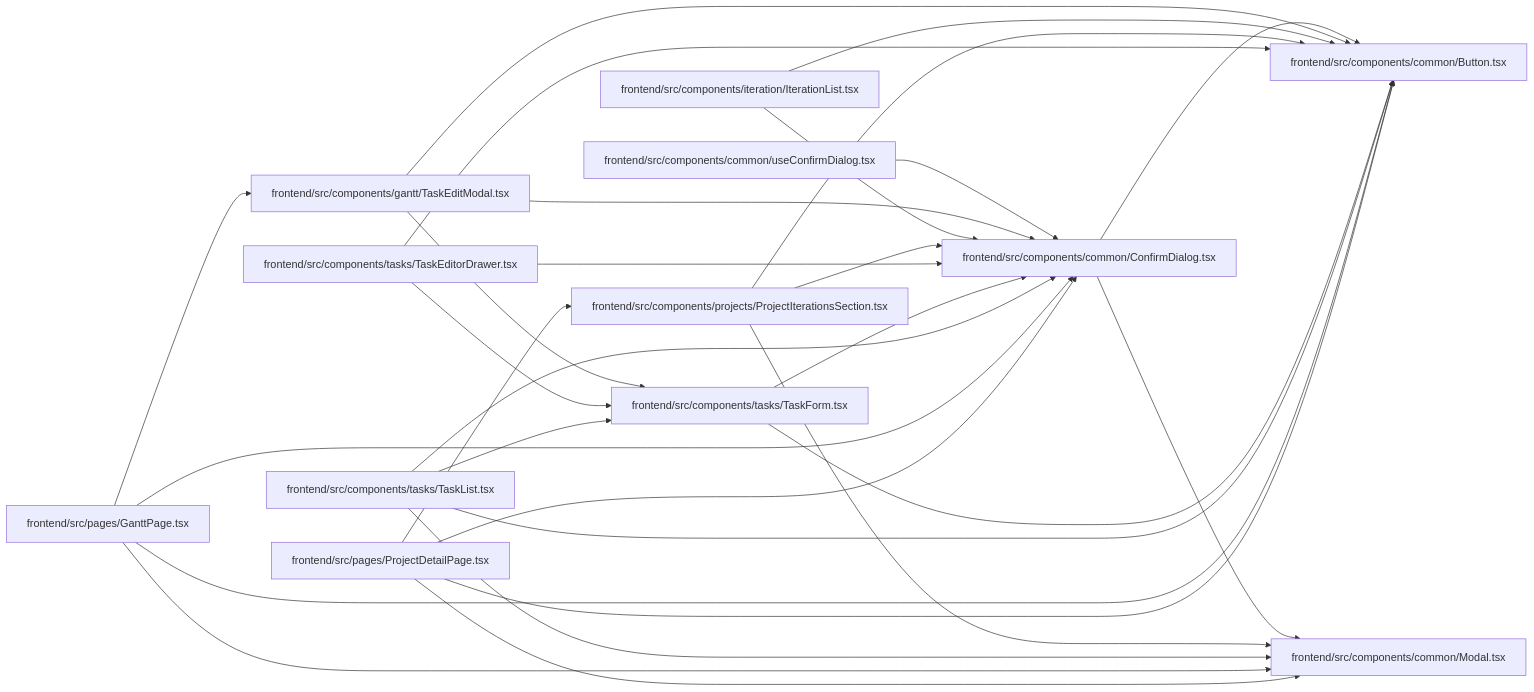
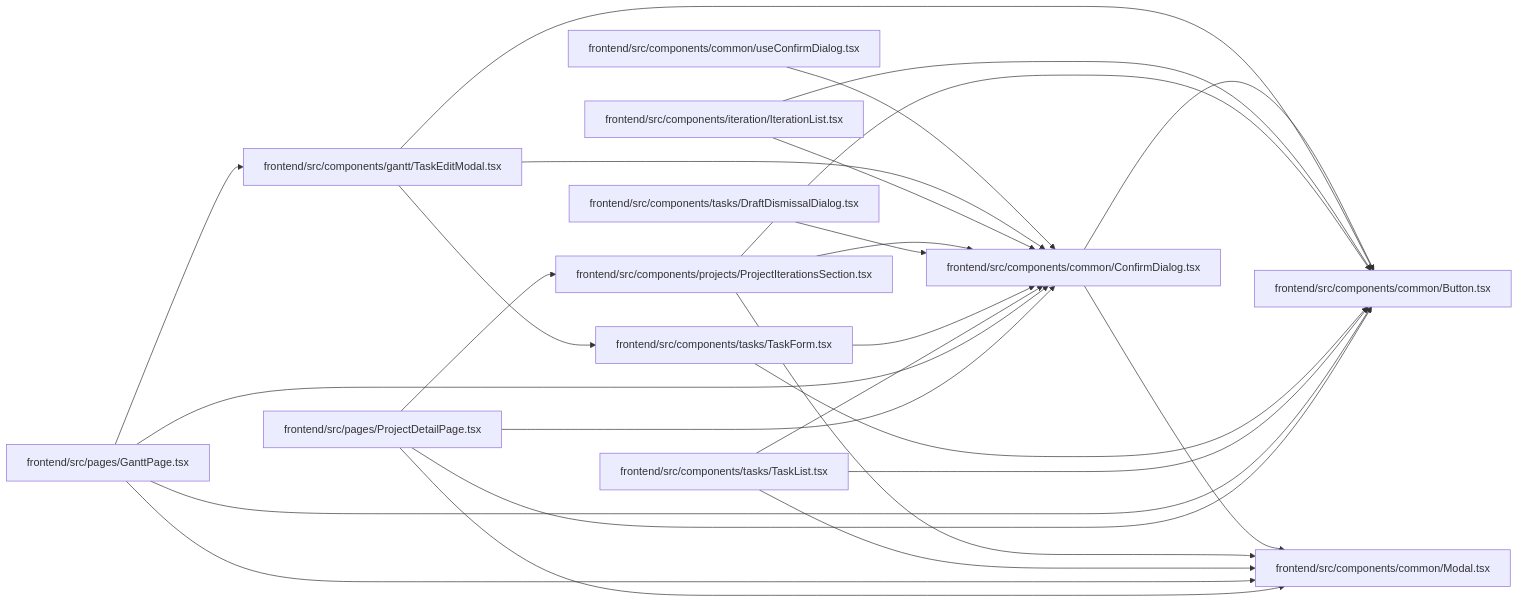
The diagram in docs/llm_wiki/modules/ConfirmDialog.md (Denissvgn/WorkChord), drawn with Mermaid before and after one commit. The commit also changed other lines of this file and 958 other files, not shown here.

First line of the commit message:
docs(wiki): refresh identity and recovery architecture

````diff
--- a/docs/llm_wiki/modules/ConfirmDialog.md
+++ b/docs/llm_wiki/modules/ConfirmDialog.md
@@ -29,55 +29,52 @@
 ```mermaid
 flowchart LR
     n0["frontend/src/components/common/Button.tsx"]
     n1["frontend/src/components/common/ConfirmDialog.tsx"]
     n2["frontend/src/components/common/Modal.tsx"]
     n3["frontend/src/components/common/useConfirmDialog.tsx"]
     n4["frontend/src/components/gantt/TaskEditModal.tsx"]
     n5["frontend/src/components/iteration/IterationList.tsx"]
     n6["frontend/src/components/projects/ProjectIterationsSection.tsx"]
-    n7["frontend/src/components/tasks/TaskEditorDrawer.tsx"]
+    n7["frontend/src/components/tasks/DraftDismissalDialog.tsx"]
     n8["frontend/src/components/tasks/TaskForm.tsx"]
     n9["frontend/src/components/tasks/TaskList.tsx"]
     n10["frontend/src/pages/GanttPage.tsx"]
     n11["frontend/src/pages/ProjectDetailPage.tsx"]
     n1 --> n0
     n1 --> n2
     n3 --> n1
     n4 --> n0
     n4 --> n1
     n4 --> n8
     n5 --> n0
     n5 --> n1
     n6 --> n0
     n6 --> n1
     n6 --> n2
-    n7 --> n0
     n7 --> n1
-    n7 --> n8
     n8 --> n0
     n8 --> n1
     n9 --> n0
     n9 --> n1
     n9 --> n2
-    n9 --> n8
     n10 --> n0
     n10 --> n1
     n10 --> n2
     n10 --> n4
     n11 --> n0
     n11 --> n1
     n11 --> n2
     n11 --> n6
     click n0 "../modules/Button.md"
     click n1 "../modules/ConfirmDialog.md"
     click n2 "../modules/Modal.md"
     click n3 "../modules/useConfirmDialog.md"
     click n4 "../modules/TaskEditModal.md"
     click n5 "../modules/IterationList.md"
     click n6 "../modules/ProjectIterationsSection.md"
-    click n7 "../modules/TaskEditorDrawer.md"
+    click n7 "../modules/DraftDismissalDialog.md"
     click n8 "../modules/TaskForm.md"
     click n9 "../modules/TaskList.md"
     click n10 "../modules/GanttPage.md"
     click n11 "../modules/ProjectDetailPage.md"
 ```
````
